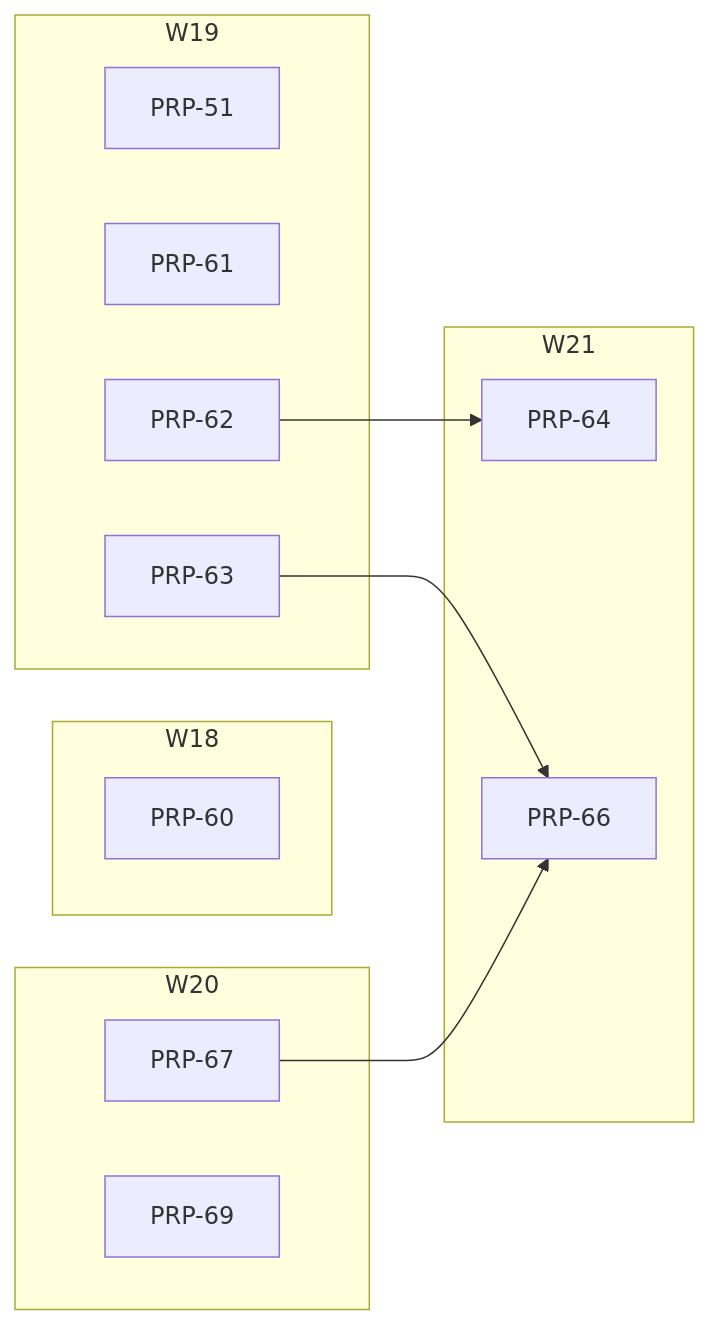
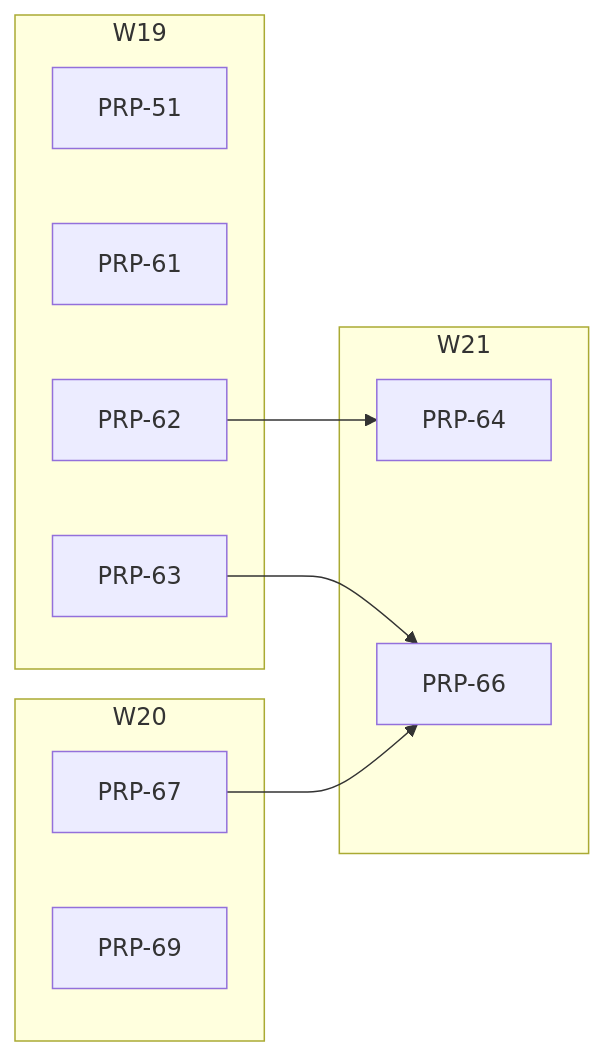
Before and after one commit to fgarofalo56/neurosphere: the diagram in PRPs/EXECUTION-PLAN.md, drawn with Mermaid. The commit also changed other lines of this file and 11 other files, not shown here.

````diff
--- a/PRPs/EXECUTION-PLAN.md
+++ b/PRPs/EXECUTION-PLAN.md
@@ -94,23 +86,20 @@
 ```mermaid
 flowchart LR
-  subgraph W18
-    P60["PRP-60"]
-  end
   subgraph W19
     P51["PRP-51"]
     P61["PRP-61"]
     P62["PRP-62"]
     P63["PRP-63"]
   end
   subgraph W20
     P67["PRP-67"]
     P69["PRP-69"]
   end
   subgraph W21
     P64["PRP-64"]
     P66["PRP-66"]
   end
   P62 --> P64
   P63 --> P66
   P67 --> P66
 ```
````
